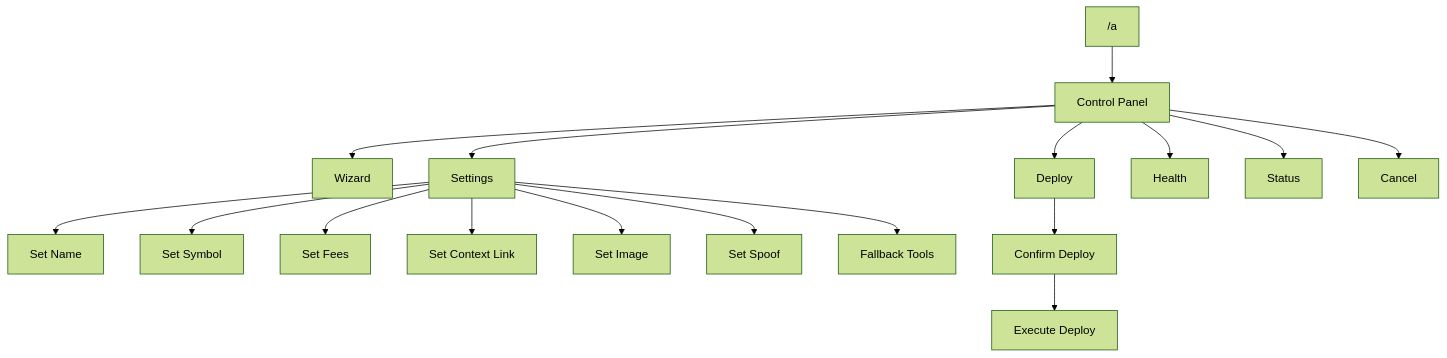
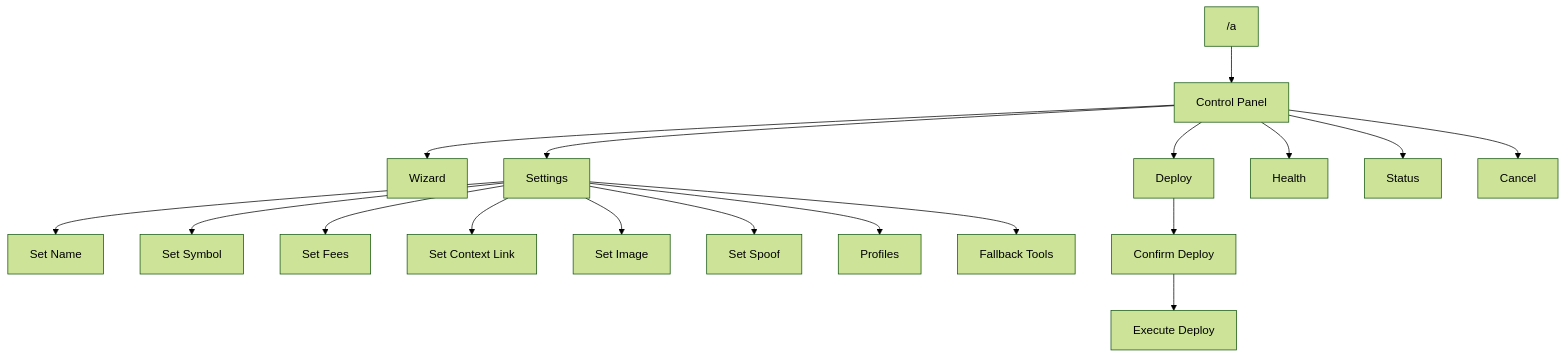
Before and after one commit to Timcuan/clank-and-claw: the fourth of 7 diagrams in docs/VISUAL_FLOW_RUNBOOK.md, drawn with Mermaid (forest theme). The commit also changed other lines of this file and 13 other files, not shown here.

Commit message:
Harden IPFS local-first flow and add persistent config store

````diff
--- a/docs/VISUAL_FLOW_RUNBOOK.md
+++ b/docs/VISUAL_FLOW_RUNBOOK.md
@@ -80,21 +83,22 @@
 ```mermaid
 flowchart TD
     S["/a"] --> P[Control Panel]
     P --> W[Wizard]
     P --> ST[Settings]
     P --> DP[Deploy]
     P --> HS[Health]
     P --> WS[Status]
     P --> CX[Cancel]
 
     ST --> SN[Set Name]
     ST --> SS[Set Symbol]
     ST --> SF[Set Fees]
     ST --> SC[Set Context Link]
     ST --> SI[Set Image]
     ST --> SP[Set Spoof]
+    ST --> PR[Profiles]
     ST --> FB[Fallback Tools]
 
     DP --> CF[Confirm Deploy]
     CF --> EX[Execute Deploy]
 ```
````
